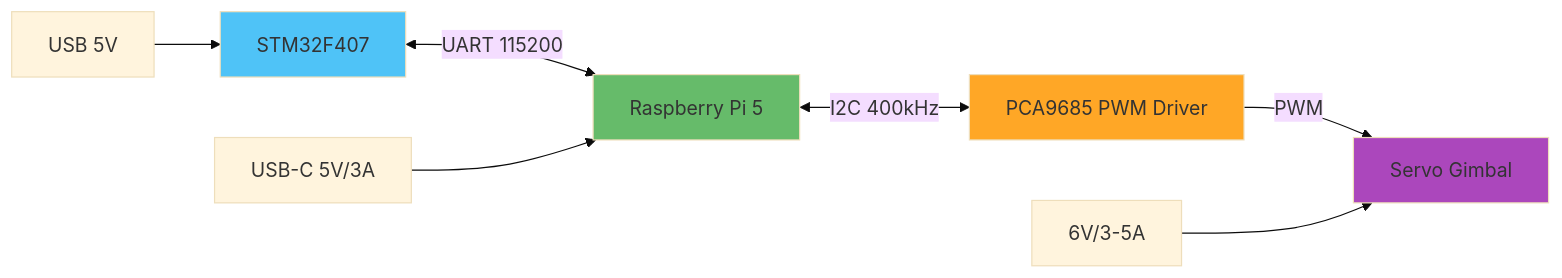
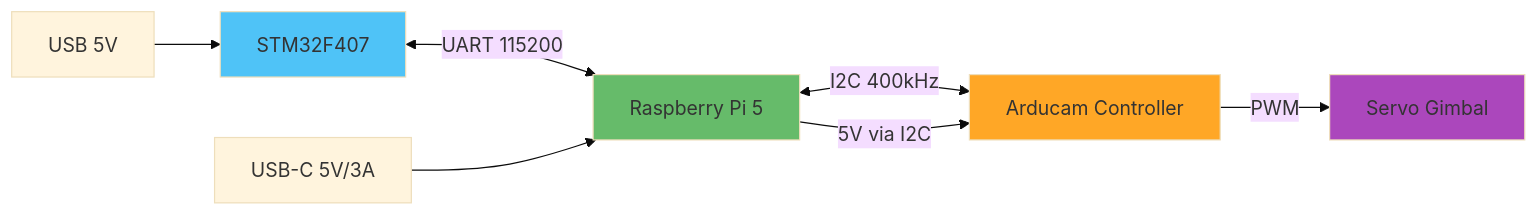
One commit to rghsoftware/stellar-navigation changed the first of 3 diagrams in docs/components/hardware-integration.md. Above: the diagram before and after it, drawn with Mermaid (base theme). The commit also changed other lines of this file and 1 other file, not shown here.

````diff
--- a/docs/components/hardware-integration.md
+++ b/docs/components/hardware-integration.md
@@ -10,15 +10,15 @@
 ```mermaid
 graph LR
     A[STM32F407] <-->|UART 115200| B[Raspberry Pi 5]
-    B <-->|I2C 400kHz| C[PCA9685 PWM Driver]
+    B <-->|I2C 400kHz| C[Arducam Controller]
     C -->|PWM| D[Servo Gimbal]
-    
+
     E[USB 5V] --> A
     F[USB-C 5V/3A] --> B
-    G[6V/3-5A] --> D
-    
+    B -->|5V via I2C| C
+
     style A fill:#4fc3f7
     style B fill:#66bb6a
     style C fill:#ffa726
     style D fill:#ab47bc
 ```
````
